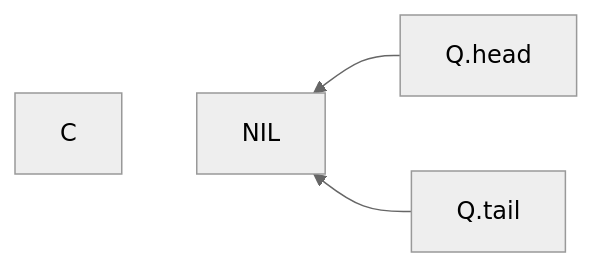
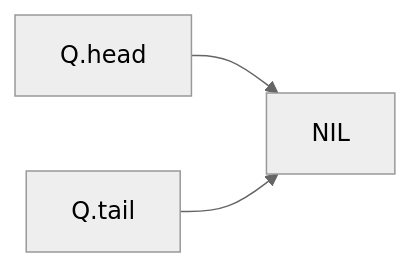
Before and after one commit to Eurydia/notes-singularity: diagram 15 of 15 in Computer science/Data structures/Queue.md, drawn with Mermaid (neutral theme). The commit also changed other lines of this file and 4 other files, not shown here.

````diff
--- a/Computer science/Data structures/Queue.md
+++ b/Computer science/Data structures/Queue.md
@@ -141,5 +138,4 @@
 	```mermaid
-	flowchart RL
+	flowchart LR
 		Q.head & Q.tail-->NIL
-		NIL~~~C
 	```
````
